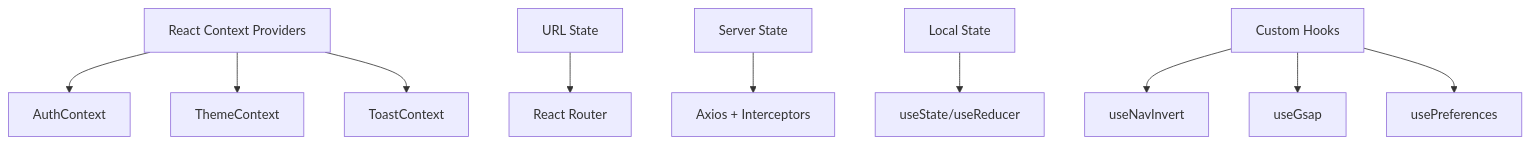
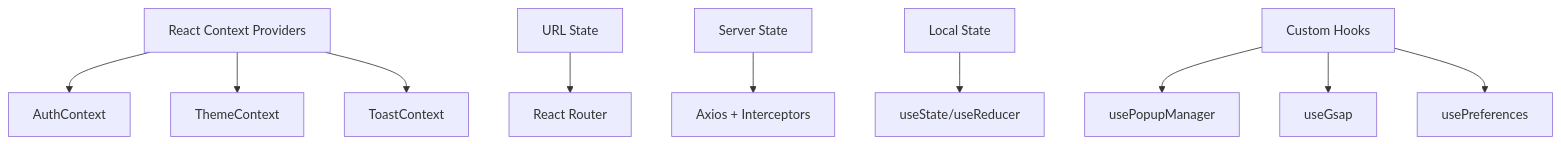
The diagram in docs/STATE_MANAGEMENT.md (QYVORA/qyvora-frontend), drawn with Mermaid before and after one commit. The commit also changed other lines of this file and 18 other files, not shown here.

````diff
--- a/docs/STATE_MANAGEMENT.md
+++ b/docs/STATE_MANAGEMENT.md
@@ -13,12 +13,12 @@
 ```mermaid
 graph TD
     A[React Context Providers] --> B[AuthContext]
     A --> C[ThemeContext]
     A --> D[ToastContext]
     E[URL State] --> F[React Router]
     G[Server State] --> H[Axios + Interceptors]
     I[Local State] --> J[useState/useReducer]
-    K[Custom Hooks] --> L[useNavInvert]
+    K[Custom Hooks] --> L[usePopupManager]
     K --> M[useGsap]
     K --> N[usePreferences]
 ```
````
